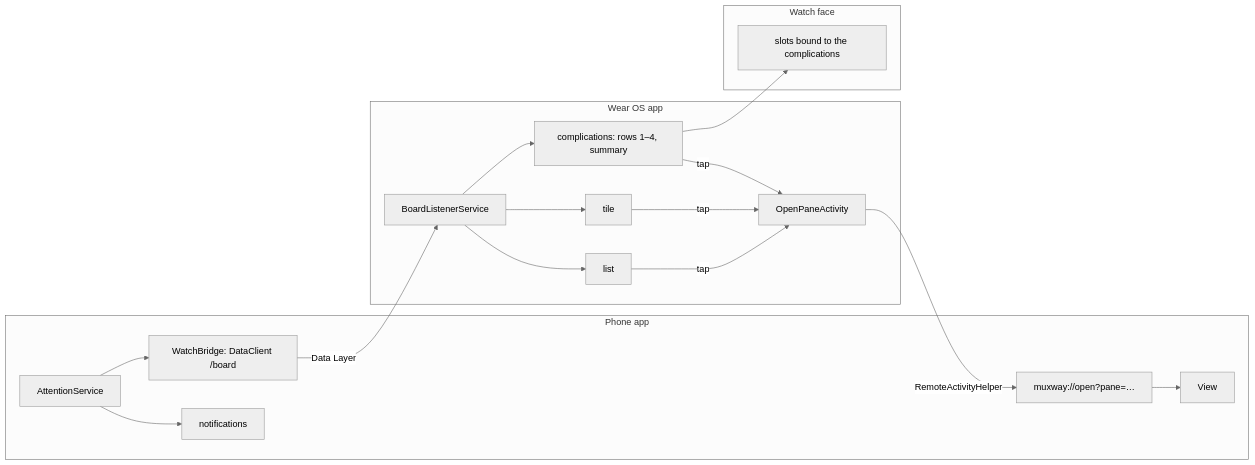
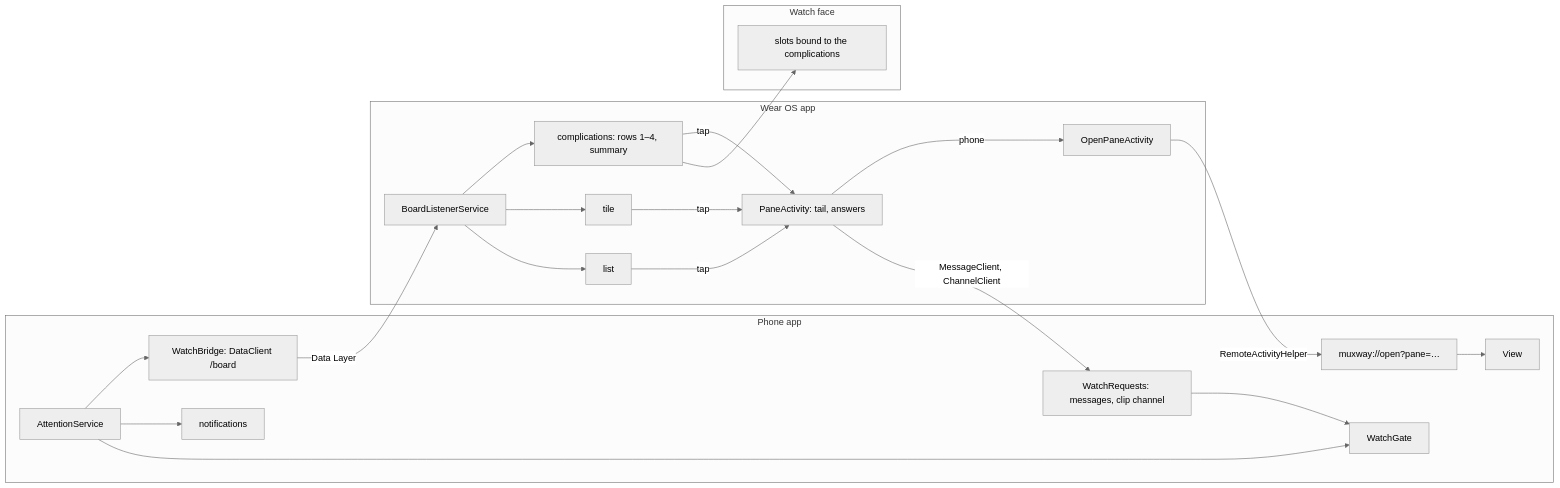
One commit to notmarkopadjen/muxway-android changed the first of 5 diagrams in docs/features/watch.md. Above: the diagram before and after it, drawn with Mermaid (neutral theme). The commit also changed other lines of this file and 13 other files, not shown here.

Commit message:
Watch: a pane on the wrist, its tail, a row of answers and a spoken line through the phone; 0.8.0 (22)

````diff
--- a/docs/features/watch.md
+++ b/docs/features/watch.md
@@ -32,20 +34,24 @@
 ```mermaid
 flowchart LR
     subgraph phone[Phone app]
         S[AttentionService] --> B[WatchBridge: DataClient /board]
         S --> N[notifications]
+        S --> G[WatchGate]
+        Q[WatchRequests: messages, clip channel] --> G
         D[muxway://open?pane=…] --> V[View]
     end
     subgraph watch[Wear OS app]
         L[BoardListenerService] --> C[complications: rows 1–4, summary]
         L --> T[tile]
         L --> A[list]
-        C & T & A -- tap --> R[OpenPaneActivity]
+        C & T & A -- tap --> P[PaneActivity: tail, answers]
+        P -- phone --> R[OpenPaneActivity]
     end
     subgraph face[Watch face]
         F[slots bound to the complications]
     end
     B -- Data Layer --> L
     C --> F
+    P -- MessageClient, ChannelClient --> Q
     R -- RemoteActivityHelper --> D
 ```
````
